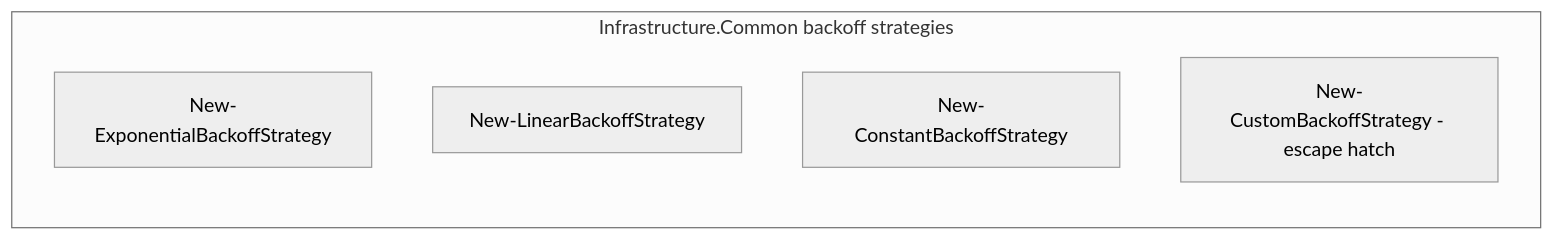
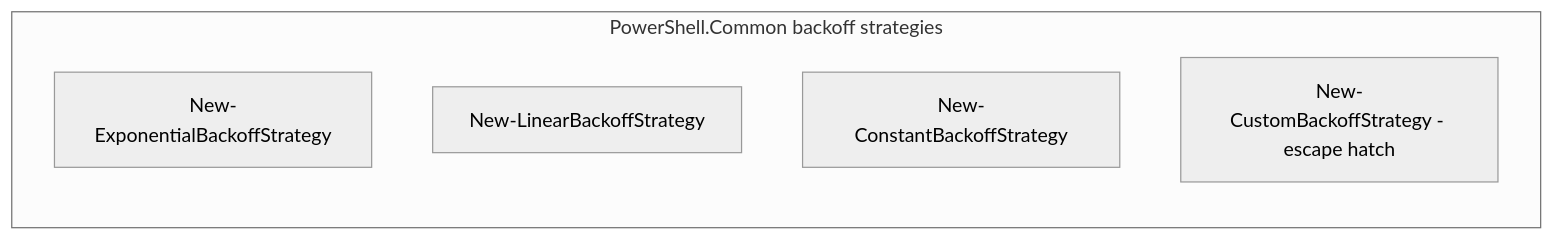
Before and after one commit to Klark-Morrigan/Common-PowerShell: the second of 7 diagrams in docs/dev/implementation/44 - generalise retry/plan.md, drawn with Mermaid (neutral theme). The commit also changed other lines of this file and 57 other files, not shown here.

Commit message:
chore: rename repo to PowerShell-Common

````diff
--- a/docs/dev/implementation/44 - generalise retry/plan.md
+++ b/docs/dev/implementation/44 - generalise retry/plan.md
@@ -234,9 +234,9 @@
 ```mermaid
 graph LR
-  subgraph Infrastructure.Common backoff strategies
+  subgraph PowerShell.Common backoff strategies
     EXP[New-ExponentialBackoffStrategy]
     LIN[New-LinearBackoffStrategy]
     CON[New-ConstantBackoffStrategy]
     CUS[New-CustomBackoffStrategy - escape hatch]
   end
 ```
````
